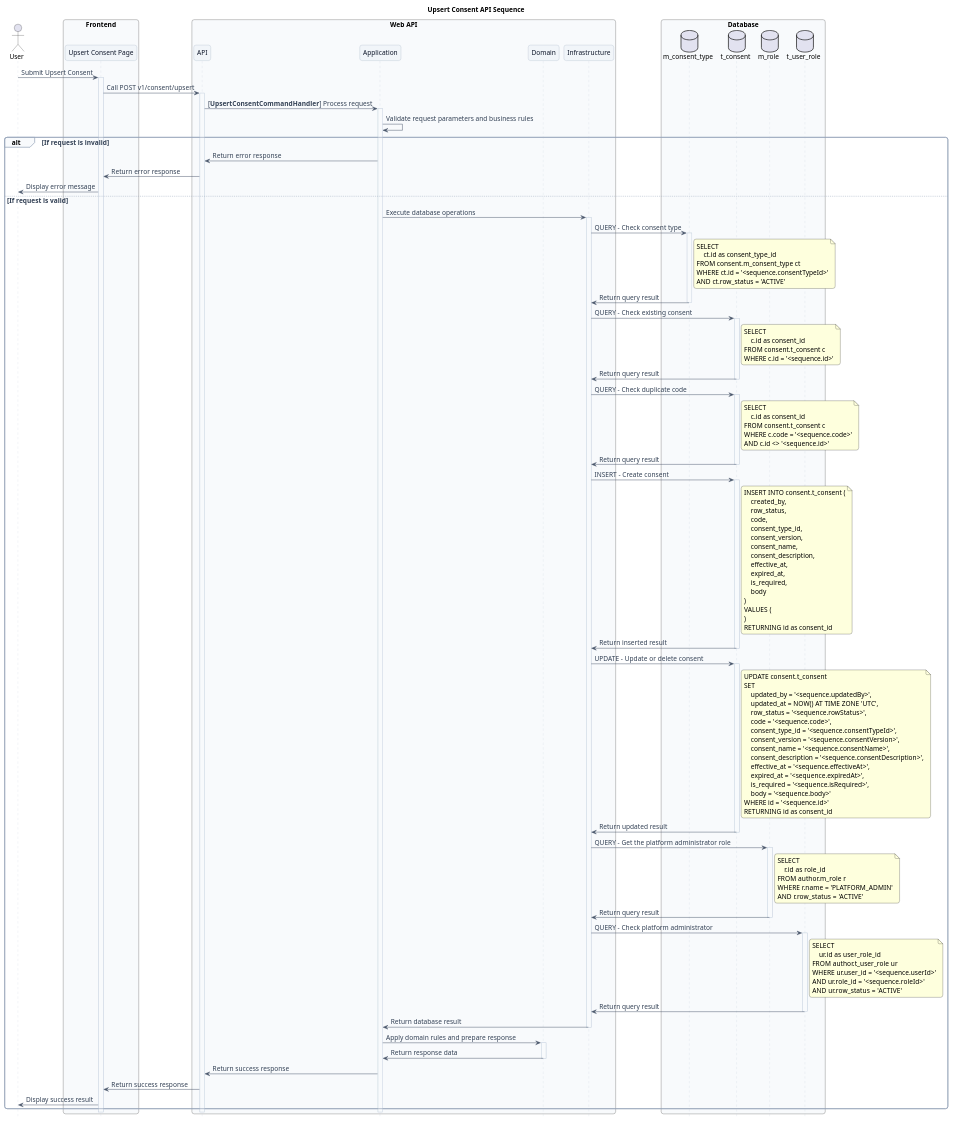
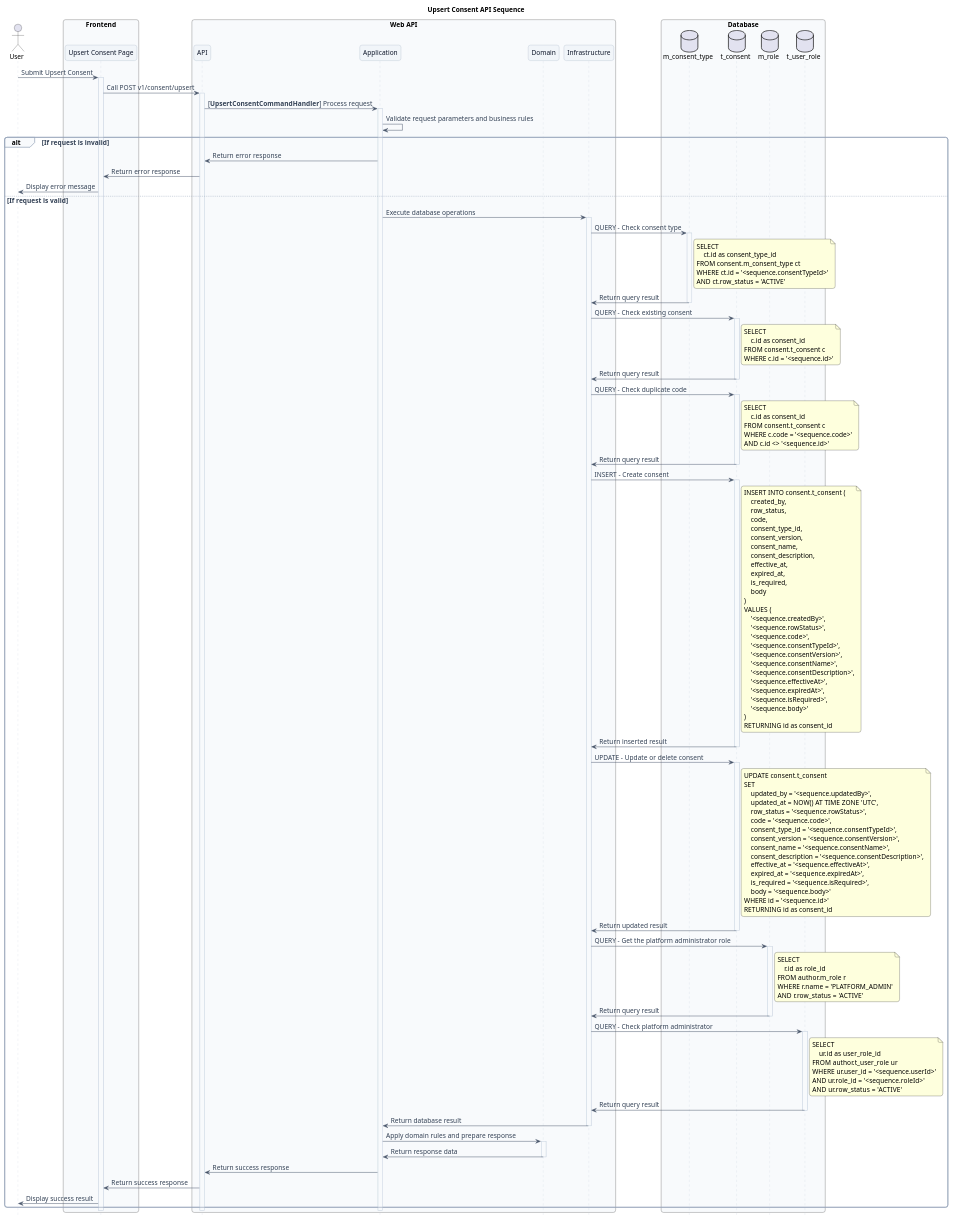
One commit to ittikornsopawan/system-analysis-and-design changed the diagram in e-commerce/doc/api/consent/02-upsert-consent/sequence.wsd. Above: the diagram before and after it, drawn with PlantUML. The commit also changed 4 other files, not shown here.

```diff
--- a/e-commerce/doc/api/consent/02-upsert-consent/sequence.wsd
+++ b/e-commerce/doc/api/consent/02-upsert-consent/sequence.wsd
@@ -1,196 +1,196 @@
 @startuml UpsertConsent Sequence
 
 title Upsert Consent API Sequence
 
 ' Visual style
 skinparam defaultFontName "Sarabun"
 skinparam defaultFontSize 14
 skinparam backgroundColor #FFFFFF
 skinparam shadowing false
 skinparam roundcorner 10
 skinparam sequence {
     ArrowColor #475569
     ArrowFontColor #334155
     LifeLineBorderColor #CBD5E1
     LifeLineBackgroundColor #F8FAFC
     ParticipantBorderColor #94A3B8
     ParticipantBackgroundColor #F1F5F9
     ParticipantFontColor #0F172A
     GroupBorderColor #94A3B8
     GroupBackgroundColor #F8FAFC
     GroupFontColor #334155
 }
 
 ' Do not show participant footers at the bottom of the diagram
 hide footbox
 
 
 actor "User" as user
 
 box "Frontend" #F8FAFC
     participant "Upsert Consent Page" as page
 end box
 
 box "Web API" #F8FAFC
     participant "API" as api
     participant "Application" as app
     participant "Domain" as domain
     participant "Infrastructure" as infra
 end box
 
 box "Database" #F8FAFC
     database "m_consent_type" as m_consent_type
     database "t_consent" as t_consent
     database "m_role" as m_role
     database "t_user_role" as t_user_role
 end box
 
 user -> page: Submit Upsert Consent
 
 activate page
     page -> api: Call POST v1/consent/upsert
     activate api
         api -> app: [**UpsertConsentCommandHandler**] Process request
         activate app
             app -> app: Validate request parameters and business rules
             alt If request is invalid
                 app -> api: Return error response
                 api -> page: Return error response
                 page -> user: Display error message
             else If request is valid
                 app -> infra: Execute database operations
                 activate infra
                     infra -> m_consent_type: QUERY - Check consent type
                     activate m_consent_type
                         note right of m_consent_type
                             SELECT
                                 ct.id as consent_type_id
                             FROM consent.m_consent_type ct
                             WHERE ct.id = '<sequence.consentTypeId>'
                             AND ct.row_status = 'ACTIVE'
                         end note
                         m_consent_type -> infra: Return query result
                     deactivate m_consent_type
 
                     infra -> t_consent: QUERY - Check existing consent
                     activate t_consent
                         note right of t_consent
                             SELECT
                                 c.id as consent_id
                             FROM consent.t_consent c
                             WHERE c.id = '<sequence.id>'
                         end note
                         t_consent -> infra: Return query result
                     deactivate t_consent
 
                     infra -> t_consent: QUERY - Check duplicate code
                     activate t_consent
                         note right of t_consent
                             SELECT
                                 c.id as consent_id
                             FROM consent.t_consent c
                             WHERE c.code = '<sequence.code>'
                             AND c.id <> '<sequence.id>'
                         end note
                         t_consent -> infra: Return query result
                     deactivate t_consent
 
                     infra -> t_consent: INSERT - Create consent
                     activate t_consent
                         note right of t_consent
                             INSERT INTO consent.t_consent (
                                 created_by,
                                 row_status,
                                 code,
                                 consent_type_id,
                                 consent_version,
                                 consent_name,
                                 consent_description,
                                 effective_at,
                                 expired_at,
                                 is_required,
                                 body
                             )
                             VALUES (
-                                '<sequence.createdBy>',
-                                '<sequence.rowStatus>',
-                                '<sequence.code>',
-                                '<sequence.consentTypeId>',
-                                '<sequence.consentVersion>',
-                                '<sequence.consentName>',
-                                '<sequence.consentDescription>',
-                                '<sequence.effectiveAt>',
-                                '<sequence.expiredAt>',
-                                '<sequence.isRequired>',
-                                '<sequence.body>'
+                                &#39;<sequence.createdBy>',
+                                &#39;<sequence.rowStatus>',
+                                &#39;<sequence.code>',
+                                &#39;<sequence.consentTypeId>',
+                                &#39;<sequence.consentVersion>',
+                                &#39;<sequence.consentName>',
+                                &#39;<sequence.consentDescription>',
+                                &#39;<sequence.effectiveAt>',
+                                &#39;<sequence.expiredAt>',
+                                &#39;<sequence.isRequired>',
+                                &#39;<sequence.body>'
                             )
                             RETURNING id as consent_id
                         end note
                         t_consent -> infra: Return inserted result
                     deactivate t_consent
 
                     infra -> t_consent: UPDATE - Update or delete consent
                     activate t_consent
                         note right of t_consent
                             UPDATE consent.t_consent
                             SET
                                 updated_by = '<sequence.updatedBy>',
                                 updated_at = NOW() AT TIME ZONE 'UTC',
                                 row_status = '<sequence.rowStatus>',
                                 code = '<sequence.code>',
                                 consent_type_id = '<sequence.consentTypeId>',
                                 consent_version = '<sequence.consentVersion>',
                                 consent_name = '<sequence.consentName>',
                                 consent_description = '<sequence.consentDescription>',
                                 effective_at = '<sequence.effectiveAt>',
                                 expired_at = '<sequence.expiredAt>',
                                 is_required = '<sequence.isRequired>',
                                 body = '<sequence.body>'
                             WHERE id = '<sequence.id>'
                             RETURNING id as consent_id
                         end note
                         t_consent -> infra: Return updated result
                     deactivate t_consent
 
                     infra -> m_role: QUERY - Get the platform administrator role
                     activate m_role
                         note right of m_role
                             SELECT
                                 r.id as role_id
                             FROM author.m_role r
                             WHERE r.name = 'PLATFORM_ADMIN'
                             AND r.row_status = 'ACTIVE'
                         end note
                         m_role -> infra: Return query result
                     deactivate m_role
 
                     infra -> t_user_role: QUERY - Check platform administrator
                     activate t_user_role
                         note right of t_user_role
                             SELECT
                                 ur.id as user_role_id
                             FROM author.t_user_role ur
                             WHERE ur.user_id = '<sequence.userId>'
                             AND ur.role_id = '<sequence.roleId>'
                             AND ur.row_status = 'ACTIVE'
                         end note
                         t_user_role -> infra: Return query result
                     deactivate t_user_role
 
                     infra -> app: Return database result
                 deactivate infra
 
                 app -> domain: Apply domain rules and prepare response
                 activate domain
                     domain -> app: Return response data
                 deactivate domain
 
                 app -> api: Return success response
                 api -> page: Return success response
                 page -> user: Display success result
             end alt
         deactivate app
     deactivate api
 deactivate page
 
 @enduml
```
